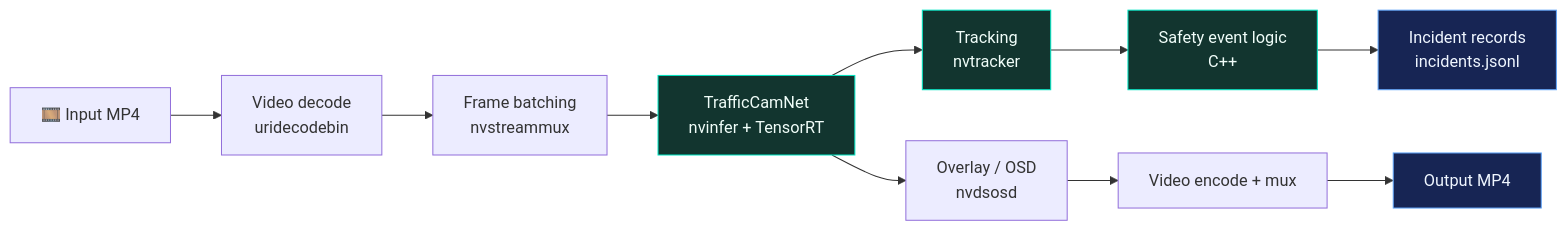
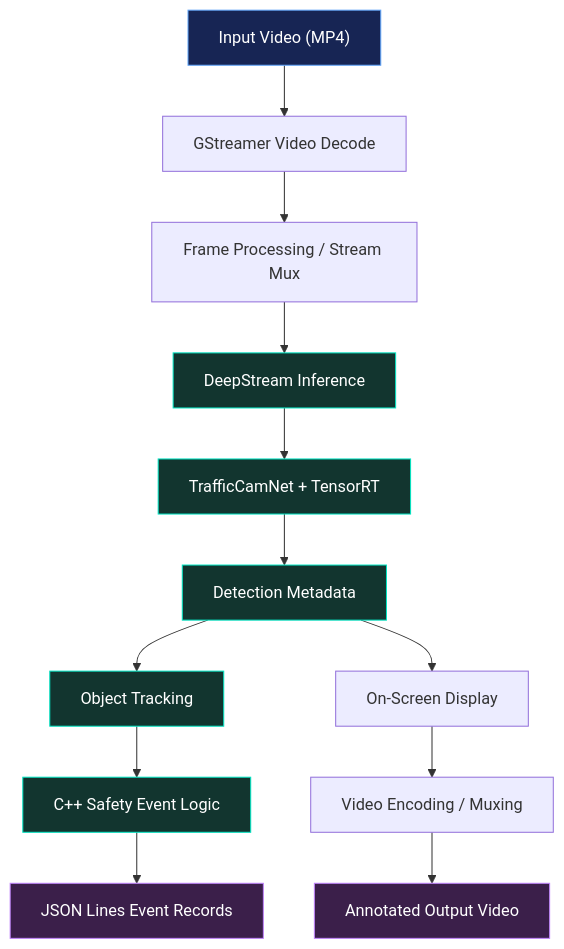
One commit to vinaybabannavar-create/CraftifAIHackathon_CRA004 changed the diagram in README.md. Above: the diagram before and after it, drawn with Mermaid. The commit also changed other lines of this file, not shown here.

````diff
--- a/README.md
+++ b/README.md
@@ -69,16 +213,22 @@
 ```mermaid
-flowchart LR
-    A["🎞️ Input MP4"] --> B["Video decode<br/>uridecodebin"]
-    B --> C["Frame batching<br/>nvstreammux"]
-    C --> D["TrafficCamNet<br/>nvinfer + TensorRT"]
-    D --> E["Tracking<br/>nvtracker"]
-    E --> F["Safety event logic<br/>C++"]
-    D --> G["Overlay / OSD<br/>nvdsosd"]
-    G --> H["Video encode + mux"]
-    H --> I["Output MP4"]
-    F --> J["Incident records<br/>incidents.jsonl"]
-    classDef core fill:#12352F,stroke:#00E5C3,color:#F0FDF9
-    classDef output fill:#172554,stroke:#60A5FA,color:#EFF6FF
-    class D,E,F core
-    class I,J output
+flowchart TD
+    A["Input Video (MP4)"] --> B["GStreamer Video Decode"]
+    B --> C["Frame Processing / Stream Mux"]
+    C --> D["DeepStream Inference"]
+    D --> E["TrafficCamNet + TensorRT"]
+    E --> F["Detection Metadata"]
+    F --> G["Object Tracking"]
+    F --> H["On-Screen Display"]
+    G --> I["C++ Safety Event Logic"]
+    H --> J["Video Encoding / Muxing"]
+    J --> K["Annotated Output Video"]
+    I --> L["JSON Lines Event Records"]
+
+    classDef input fill:#172554,stroke:#60A5FA,color:#FFFFFF
+    classDef inference fill:#12352F,stroke:#00E5C3,color:#FFFFFF
+    classDef output fill:#3B1F4A,stroke:#C084FC,color:#FFFFFF
+
+    class A input
+    class D,E,F,G,I inference
+    class K,L output
 ```
````
